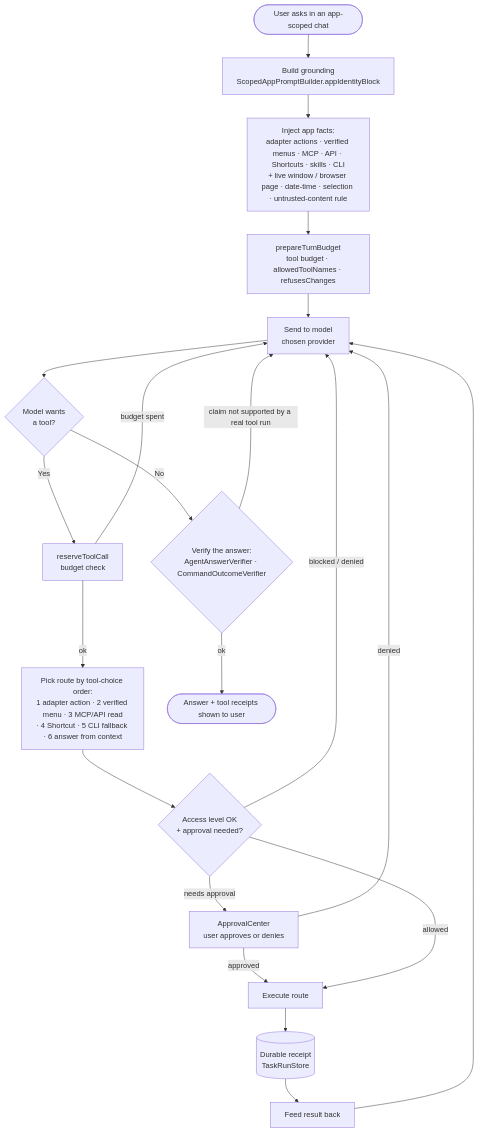
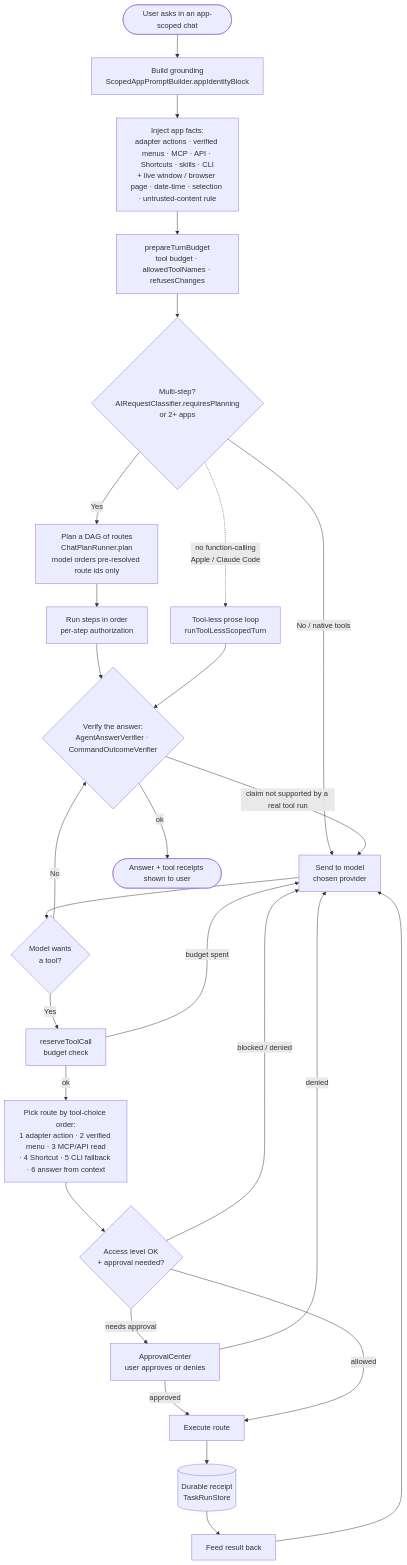
One commit to krishgokulk/Context-Dock changed the diagram in docs/master/diagrams/03-app-scoped-chat-flow.mmd. Above: the diagram before and after it, drawn with Mermaid. The commit also changed 3 other files, not shown here.

First line of the commit message:
docs(master): audit pass 2 - correct omissions in Global Context + App-Scoped Chat

```diff
--- a/docs/master/diagrams/03-app-scoped-chat-flow.mmd
+++ b/docs/master/diagrams/03-app-scoped-chat-flow.mmd
@@ -1,23 +1,27 @@
 flowchart TD
     U([User asks in an app-scoped chat]) --> G[Build grounding<br/>ScopedAppPromptBuilder.appIdentityBlock]
     G --> G1[Inject app facts:<br/>adapter actions · verified menus · MCP · API · Shortcuts · skills · CLI<br/>+ live window / browser page · date-time · selection · untrusted-content rule]
     G1 --> B[prepareTurnBudget<br/>tool budget · allowedToolNames · refusesChanges]
-    B --> M[Send to model<br/>chosen provider]
+    B --> CL{Multi-step?<br/>AIRequestClassifier.requiresPlanning<br/>or 2+ apps}
+    CL -- Yes --> PLAN[Plan a DAG of routes<br/>ChatPlanRunner.plan<br/>model orders pre-resolved route ids only]
+    PLAN --> PRUN[Run steps in order<br/>per-step authorization] --> V
+    CL -- No / native tools --> M[Send to model<br/>chosen provider]
+    CL -. no function-calling<br/>Apple / Claude Code .-> TL[Tool-less prose loop<br/>runToolLessScopedTurn] --> V
 
     M --> D{Model wants<br/>a tool?}
     D -- No --> V
     D -- Yes --> RES[reserveToolCall<br/>budget check]
     RES -- budget spent --> M
     RES -- ok --> ROUTE[Pick route by tool-choice order:<br/>1 adapter action · 2 verified menu · 3 MCP/API read<br/>· 4 Shortcut · 5 CLI fallback · 6 answer from context]
     ROUTE --> ACC{Access level OK<br/>+ approval needed?}
     ACC -- blocked / denied --> M
     ACC -- needs approval --> APV[ApprovalCenter<br/>user approves or denies]
     APV -- denied --> M
     APV -- approved --> EXE[Execute route]
     ACC -- allowed --> EXE
     EXE --> REC[(Durable receipt<br/>TaskRunStore)]
     REC --> FEED[Feed result back] --> M
 
     V{Verify the answer:<br/>AgentAnswerVerifier · CommandOutcomeVerifier}
     V -- claim not supported by a real tool run --> M
     V -- ok --> OUT([Answer + tool receipts shown to user])
```
